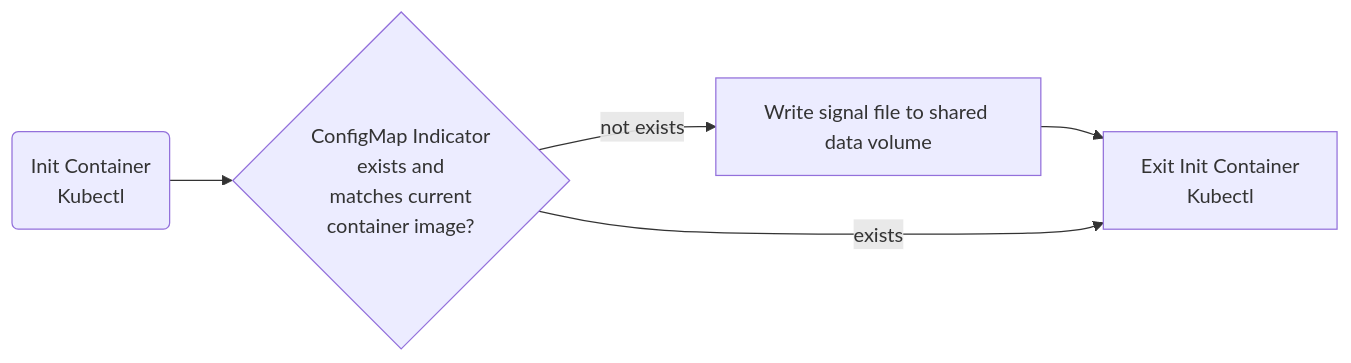
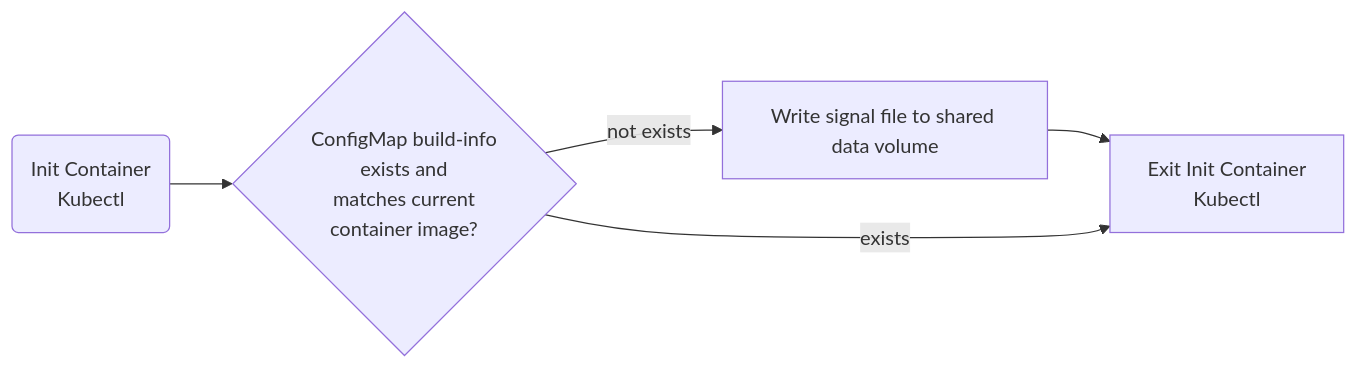
One commit to PharmaLedger-IMI/helmchart-ethadapter changed the fourth of 6 diagrams in charts/epi/README.md. Above: the diagram before and after it, drawn with Mermaid. The commit also changed other lines of this file and 4 other files, not shown here.

Commit message:
rename indicator to build-info

````diff
--- a/charts/epi/README.md
+++ b/charts/epi/README.md
@@ -93,7 +93,7 @@
 ```mermaid
 flowchart LR
-D(Init Container<br/>Kubectl) --> E{ConfigMap Indicator<br/>exists and<br/>matches current<br/>container image?}
+D(Init Container<br/>Kubectl) --> E{ConfigMap build-info<br/>exists and<br/>matches current<br/>container image?}
 E -->|not exists| F[Write signal file to shared data volume]
 F --> G[Exit Init Container<br/>Kubectl]
 E -->|exists| G
 ```
````
